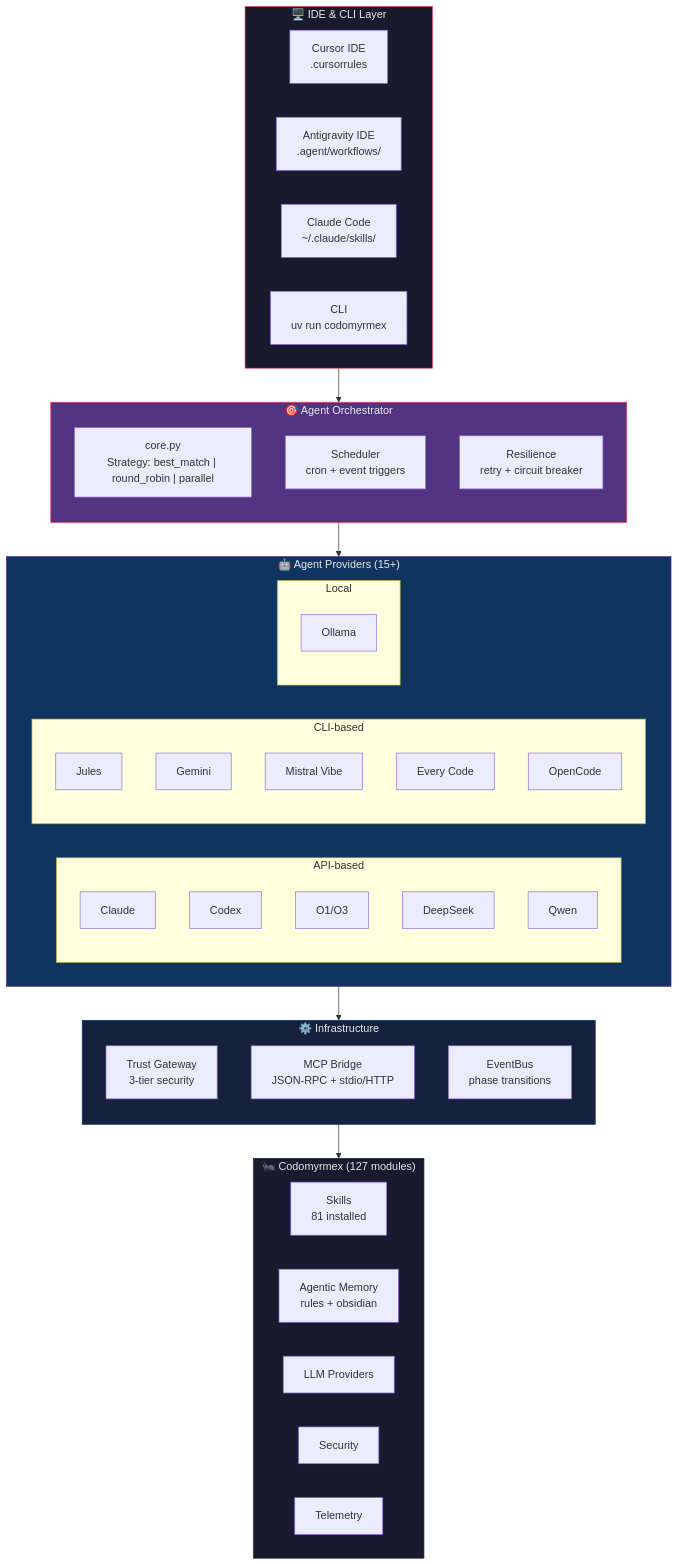
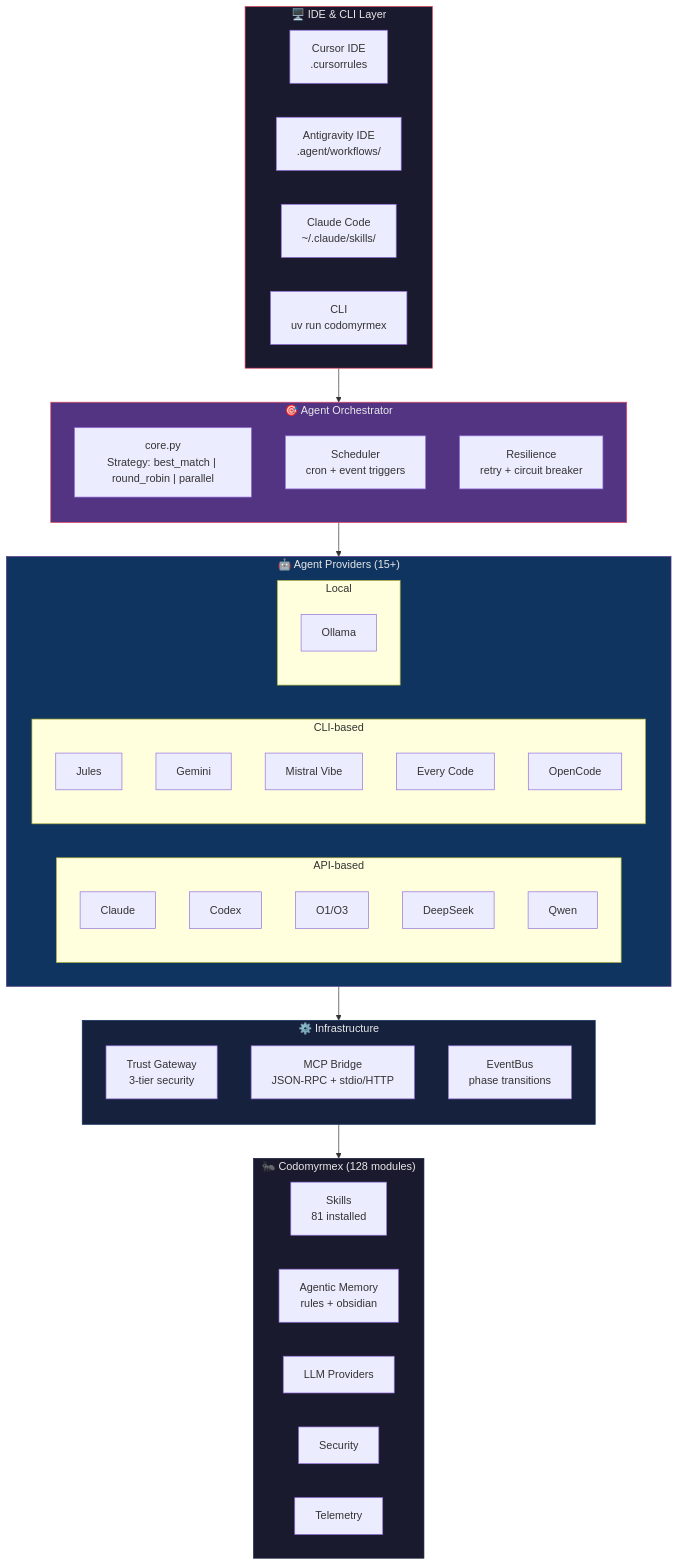
The first of 11 diagrams in docs/getting-started/GETTING_STARTED_WITH_AGENTS.md (docxology/codomyrmex), drawn with Mermaid before and after one commit. The commit also changed other lines of this file and 44 other files, not shown here.

````diff
--- a/docs/getting-started/GETTING_STARTED_WITH_AGENTS.md
+++ b/docs/getting-started/GETTING_STARTED_WITH_AGENTS.md
@@ -13,65 +13,65 @@
 ```mermaid
 graph TB
     subgraph IDE["🖥️ IDE & CLI Layer"]
         direction LR
         CURSOR["Cursor IDE<br/>.cursorrules"]
         ANTIGRAV["Antigravity IDE<br/>.agent/workflows/"]
         CLAUDE_CODE["Claude Code<br/>~/.claude/skills/"]
         CLI["CLI<br/>uv run codomyrmex"]
     end
 
     subgraph ORCH["🎯 Agent Orchestrator"]
         direction TB
         CORE["core.py<br/>Strategy: best_match | round_robin | parallel"]
         SCHED["Scheduler<br/>cron + event triggers"]
         RESILIENCE["Resilience<br/>retry + circuit breaker"]
     end
 
     subgraph AGENTS["🤖 Agent Providers (15+)"]
         direction LR
         subgraph API_AGENTS["API-based"]
             CLAUDE["Claude"]
             CODEX["Codex"]
             O1["O1/O3"]
             DEEPSEEK["DeepSeek"]
             QWEN["Qwen"]
         end
         subgraph CLI_AGENTS["CLI-based"]
             JULES["Jules"]
             GEMINI["Gemini"]
             MISTRAL["Mistral Vibe"]
             EVERYCODE["Every Code"]
             OPENCODE["OpenCode"]
         end
         subgraph LOCAL_AGENTS["Local"]
             OLLAMA["Ollama"]
         end
     end
 
     subgraph INFRA["⚙️ Infrastructure"]
         direction TB
         TRUST["Trust Gateway<br/>3-tier security"]
         MCP["MCP Bridge<br/>JSON-RPC + stdio/HTTP"]
         EVENTS["EventBus<br/>phase transitions"]
     end
 
-    subgraph MODULES["🐜 Codomyrmex (127 modules)"]
+    subgraph MODULES["🐜 Codomyrmex (128 modules)"]
         direction LR
         SKILLS_MOD["Skills<br/>81 installed"]
         MEMORY_MOD["Agentic Memory<br/>rules + obsidian"]
         LLM_MOD["LLM Providers"]
         SEC_MOD["Security"]
         TELEM_MOD["Telemetry"]
     end
 
     IDE --> ORCH
     ORCH --> AGENTS
     AGENTS --> INFRA
     INFRA --> MODULES
 
     style IDE fill:#1a1a2e,stroke:#e94560,color:#e8e8e8
     style ORCH fill:#533483,stroke:#e94560,color:#e8e8e8
     style AGENTS fill:#0f3460,stroke:#533483,color:#e8e8e8
     style INFRA fill:#16213e,stroke:#0f3460,color:#e8e8e8
     style MODULES fill:#1a1a2e,stroke:#16213e,color:#e8e8e8
 ```
````
